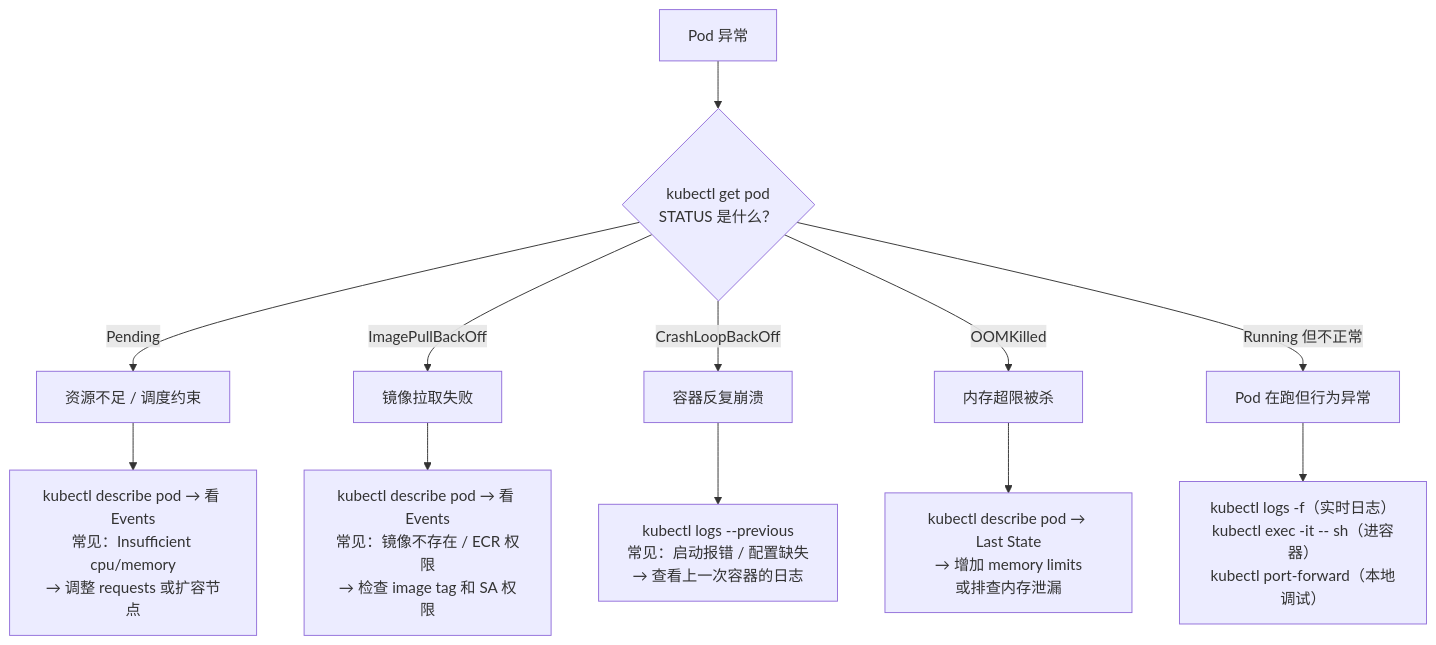
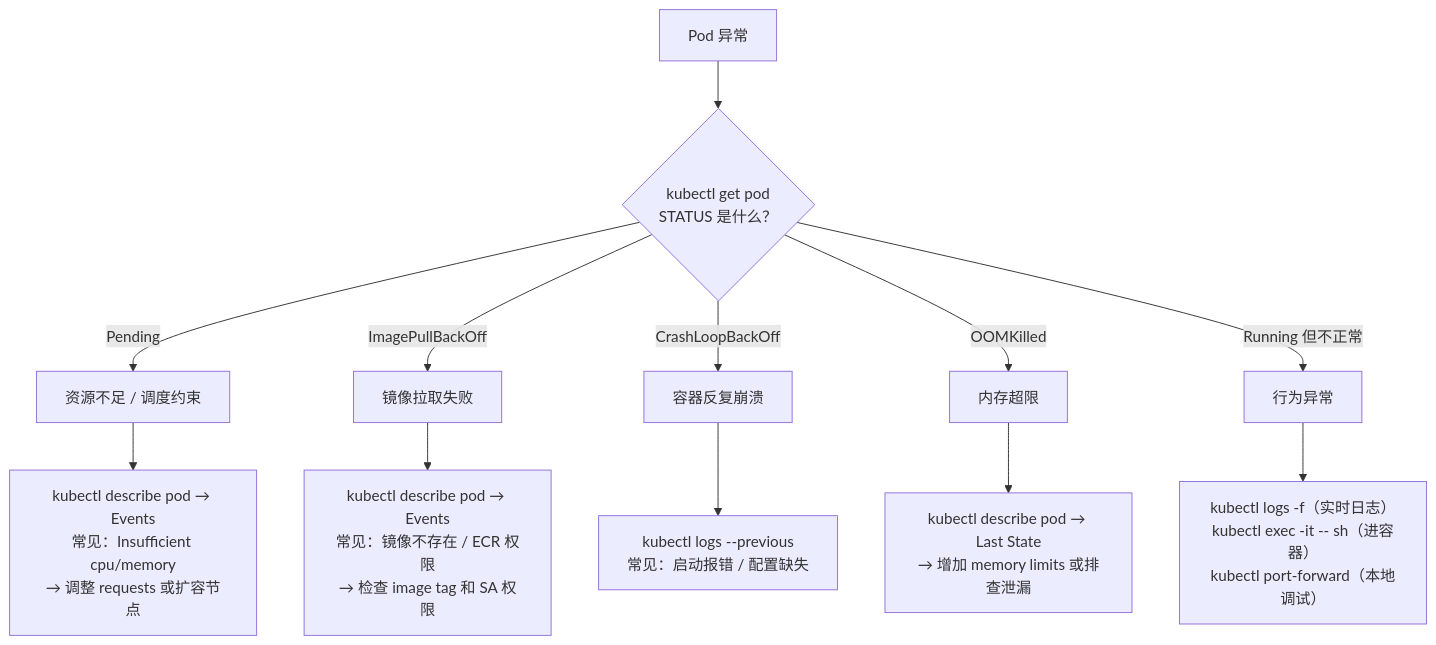
Before and after one commit to pillarliang/study-notes: the diagram in infra/k8s-learning/09-k8s-observability.md, drawn with Mermaid. The commit also changed other lines of this file and 12 other files, not shown here.

````diff
--- a/infra/k8s-learning/09-k8s-observability.md
+++ b/infra/k8s-learning/09-k8s-observability.md
@@ -644,19 +472,19 @@
 ```mermaid
 flowchart TD
     START["Pod 异常"] --> Q1{"kubectl get pod<br/>STATUS 是什么？"}
     
     Q1 -->|Pending| P1["资源不足 / 调度约束"]
-    P1 --> P1A["kubectl describe pod → 看 Events<br/>常见：Insufficient cpu/memory<br/>→ 调整 requests 或扩容节点"]
+    P1 --> P1A["kubectl describe pod → Events<br/>常见：Insufficient cpu/memory<br/>→ 调整 requests 或扩容节点"]
     
     Q1 -->|ImagePullBackOff| P2["镜像拉取失败"]
-    P2 --> P2A["kubectl describe pod → 看 Events<br/>常见：镜像不存在 / ECR 权限<br/>→ 检查 image tag 和 SA 权限"]
+    P2 --> P2A["kubectl describe pod → Events<br/>常见：镜像不存在 / ECR 权限<br/>→ 检查 image tag 和 SA 权限"]
     
     Q1 -->|CrashLoopBackOff| P3["容器反复崩溃"]
-    P3 --> P3A["kubectl logs --previous<br/>常见：启动报错 / 配置缺失<br/>→ 查看上一次容器的日志"]
+    P3 --> P3A["kubectl logs --previous<br/>常见：启动报错 / 配置缺失"]
     
-    Q1 -->|OOMKilled| P4["内存超限被杀"]
-    P4 --> P4A["kubectl describe pod → Last State<br/>→ 增加 memory limits<br/>或排查内存泄漏"]
+    Q1 -->|OOMKilled| P4["内存超限"]
+    P4 --> P4A["kubectl describe pod → Last State<br/>→ 增加 memory limits 或排查泄漏"]
     
-    Q1 -->|"Running 但不正常"| P5["Pod 在跑但行为异常"]
+    Q1 -->|"Running 但不正常"| P5["行为异常"]
     P5 --> P5A["kubectl logs -f（实时日志）<br/>kubectl exec -it -- sh（进容器）<br/>kubectl port-forward（本地调试）"]
 ```
````
